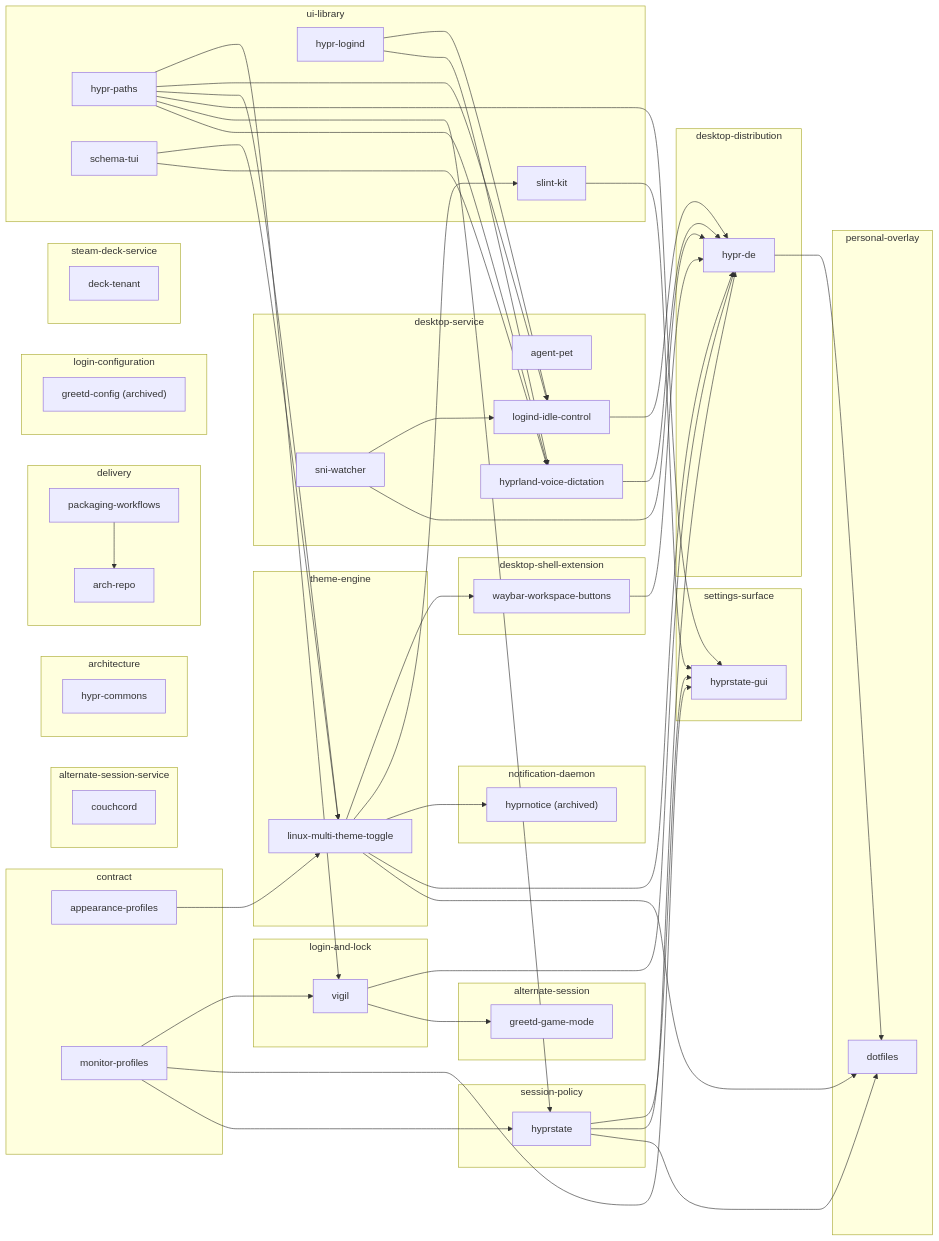
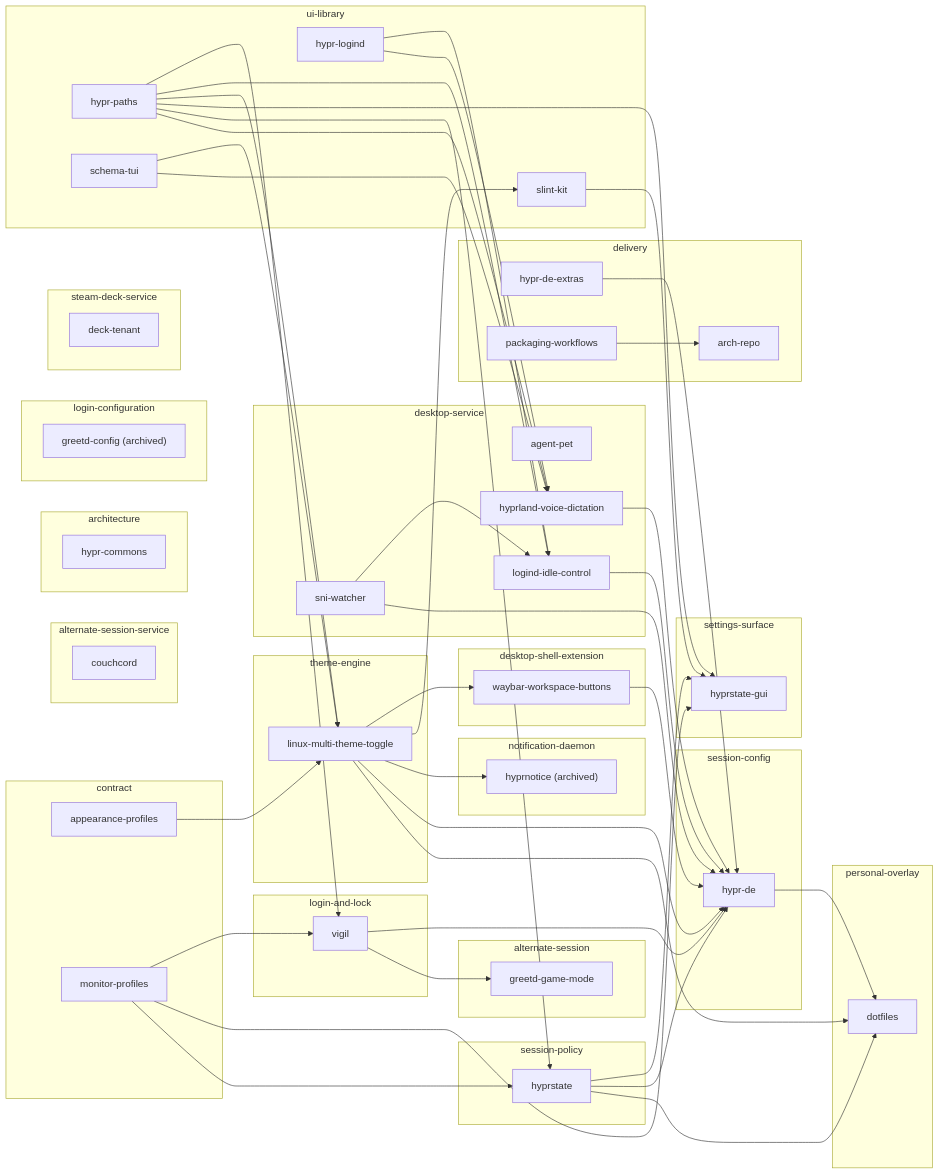
One commit to MasonRhodesDev/desktop-commons changed the diagram in docs/ECOSYSTEM.md. Above: the diagram before and after it, drawn with Mermaid. The commit also changed other lines of this file and 8 other files, not shown here.

```diff
--- a/docs/ECOSYSTEM.md
+++ b/docs/ECOSYSTEM.md
@@ -21,10 +21,8 @@
     end
     subgraph role_delivery["delivery"]
         repo_arch_repo["arch-repo"]
+        repo_hypr_de_extras["hypr-de-extras"]
         repo_packaging_workflows["packaging-workflows"]
-    end
-    subgraph role_desktop_distribution["desktop-distribution"]
-        repo_hypr_de["hypr-de"]
     end
     subgraph role_desktop_service["desktop-service"]
         repo_agent_pet["agent-pet"]
@@ -46,6 +44,9 @@
     end
     subgraph role_personal_overlay["personal-overlay"]
         repo_dotfiles["dotfiles"]
+    end
+    subgraph role_session_config["session-config"]
+        repo_hypr_de["hypr-de"]
     end
     subgraph role_session_policy["session-policy"]
         repo_hyprstate["hyprstate"]
@@ -70,6 +71,7 @@
     repo_hyprstate --> repo_dotfiles
     repo_linux_multi_theme_toggle --> repo_dotfiles
     repo_vigil --> repo_greetd_game_mode
+    repo_hypr_de_extras --> repo_hypr_de
     repo_hyprland_voice_dictation --> repo_hypr_de
     repo_hyprstate --> repo_hypr_de
     repo_linux_multi_theme_toggle --> repo_hypr_de
```
